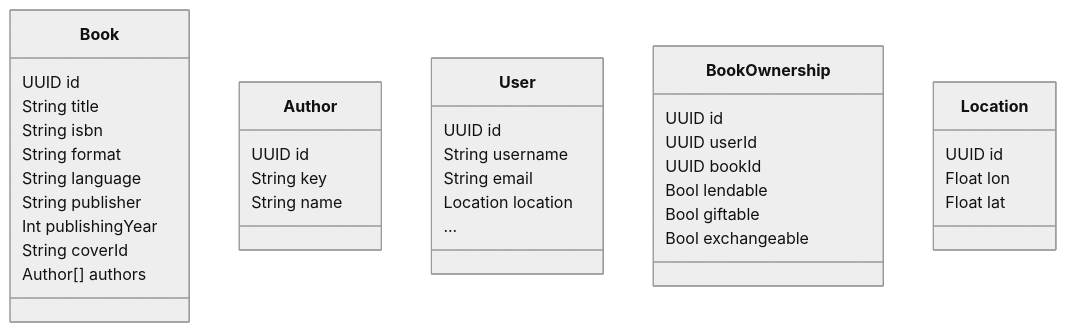
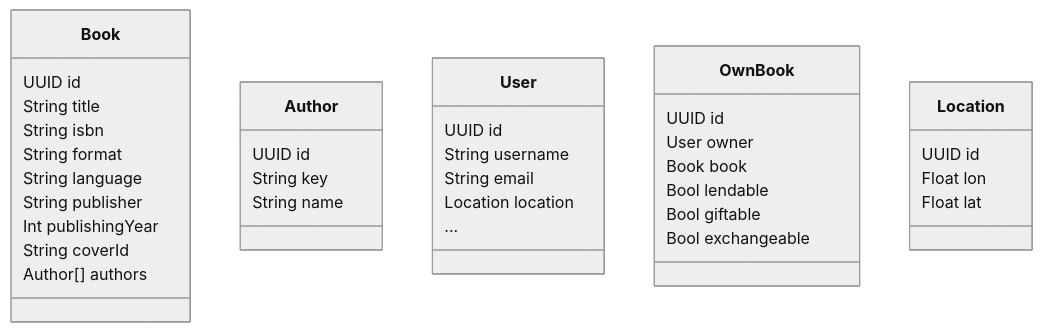
Before and after one commit to AAU-ASE24W-group-E/crowd-library: the diagram in docs/domain-analysis/domain-diagram.md, drawn with Mermaid (neutral theme). The commit also changed other lines of this file, not shown here.

Commit message:
Changed OwnBook

````diff
--- a/docs/domain-analysis/domain-diagram.md
+++ b/docs/domain-analysis/domain-diagram.md
@@ -25,44 +25,44 @@
 ```mermaid
 classDiagram
     class Book {
         UUID id
         String title
         String isbn
         String format
         String language
         String publisher
         Int publishingYear
         String coverId
         Author[] authors
     }
 
     class Author {
         UUID id
         String key
         String name
     }
 
     class User {
         UUID id
         String username
         String email
         Location location
         ...
     }
 
-    class BookOwnership {
+    class OwnBook {
         UUID id
-        UUID userId
-        UUID bookId
+        User owner
+        Book book
         Bool lendable
         Bool giftable
         Bool exchangeable
     }
 
     class Location {
         UUID id
         Float lon
         Float lat
     }
 
 ```
````
